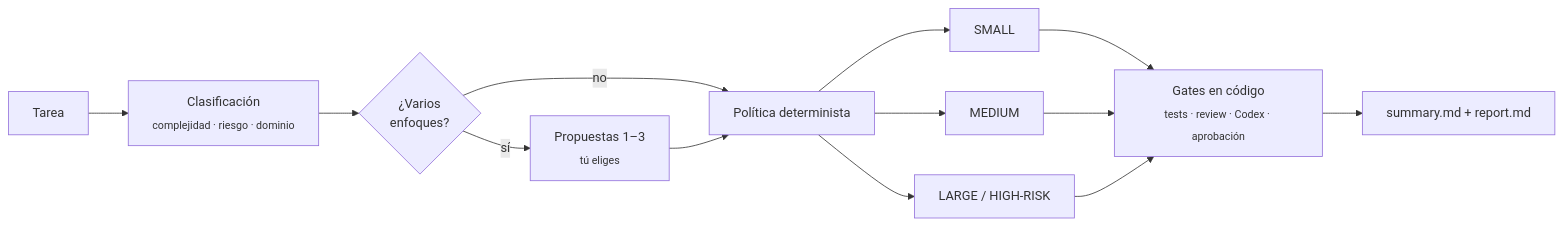
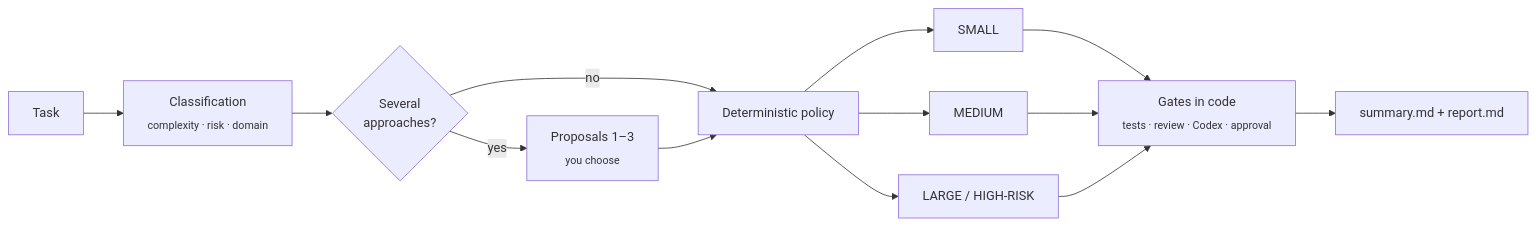
One commit to dong4to/agentship changed the diagram in README.md. Above: the diagram before and after it, drawn with Mermaid. The commit also changed other lines of this file, not shown here.

````diff
--- a/README.md
+++ b/README.md
@@ -55,13 +55,13 @@
 ```mermaid
 flowchart LR
-    T["Tarea"] --> C["Clasificación<br/><sub>complejidad · riesgo · dominio</sub>"]
-    C --> P{"¿Varios<br/>enfoques?"}
-    P -- sí --> PR["Propuestas 1–3<br/><sub>tú eliges</sub>"]
+    T["Task"] --> C["Classification<br/><sub>complexity · risk · domain</sub>"]
+    C --> P{"Several<br/>approaches?"}
+    P -- yes --> PR["Proposals 1–3<br/><sub>you choose</sub>"]
     P -- no --> R
-    PR --> R["Política determinista"]
+    PR --> R["Deterministic policy"]
     R --> S["SMALL"]
     R --> M["MEDIUM"]
     R --> L["LARGE / HIGH-RISK"]
-    S & M & L --> G["Gates en código<br/><sub>tests · review · Codex · aprobación</sub>"]
+    S & M & L --> G["Gates in code<br/><sub>tests · review · Codex · approval</sub>"]
     G --> D["summary.md + report.md"]
 ```
````
